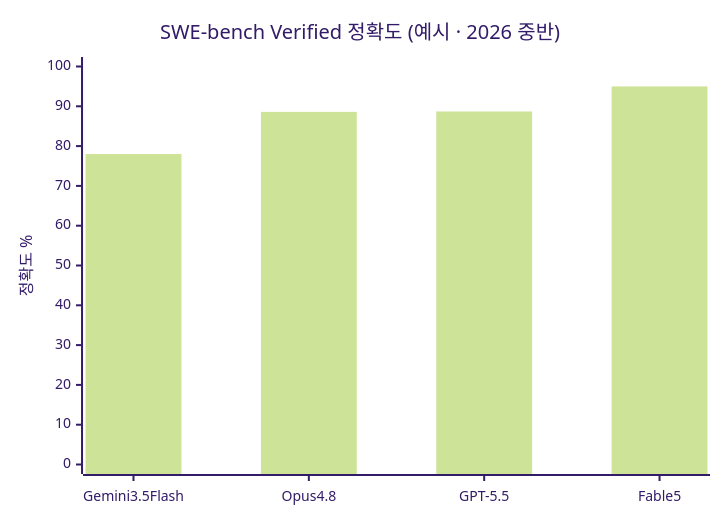
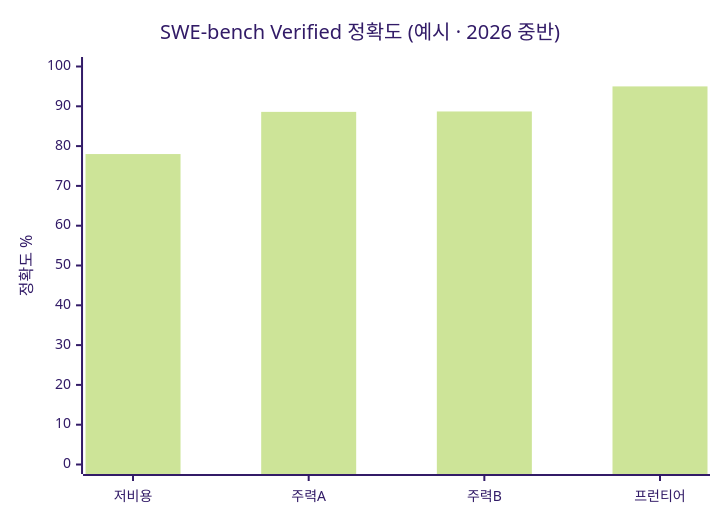
Before and after one commit to Yo-sure/deepagents-handson: the second of 7 diagrams in books/md/Chapter 1. Kick-off & Agent 패러다임.md, drawn with Mermaid (forest theme). The commit also changed other lines of this file and 26 other files, not shown here.

````diff
--- a/books/md/Chapter 1. Kick-off & Agent 패러다임.md
+++ b/books/md/Chapter 1. Kick-off & Agent 패러다임.md
@@ -118,7 +118,7 @@
 ```mermaid
 xychart-beta
     title "SWE-bench Verified 정확도 (예시 · 2026 중반)"
-    x-axis ["Gemini3.5Flash", "Opus4.8", "GPT-5.5", "Fable5"]
+    x-axis ["저비용", "주력A", "주력B", "프런티어"]
     y-axis "정확도 %" 0 --> 100
     bar [78, 88.6, 88.7, 95]
 ```
````
